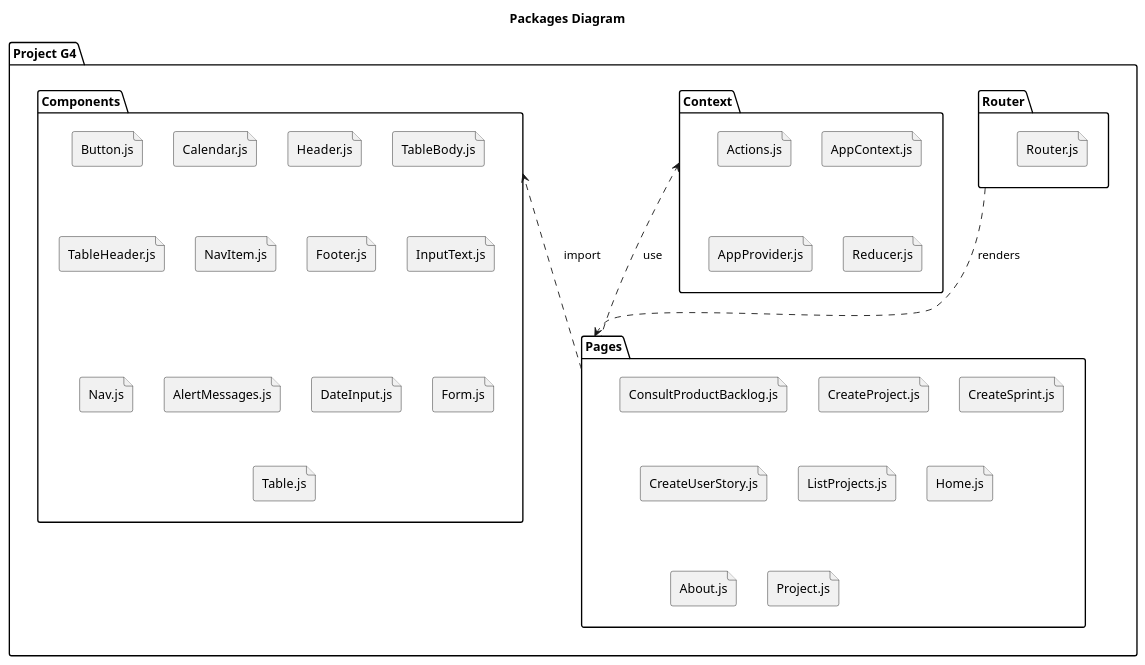
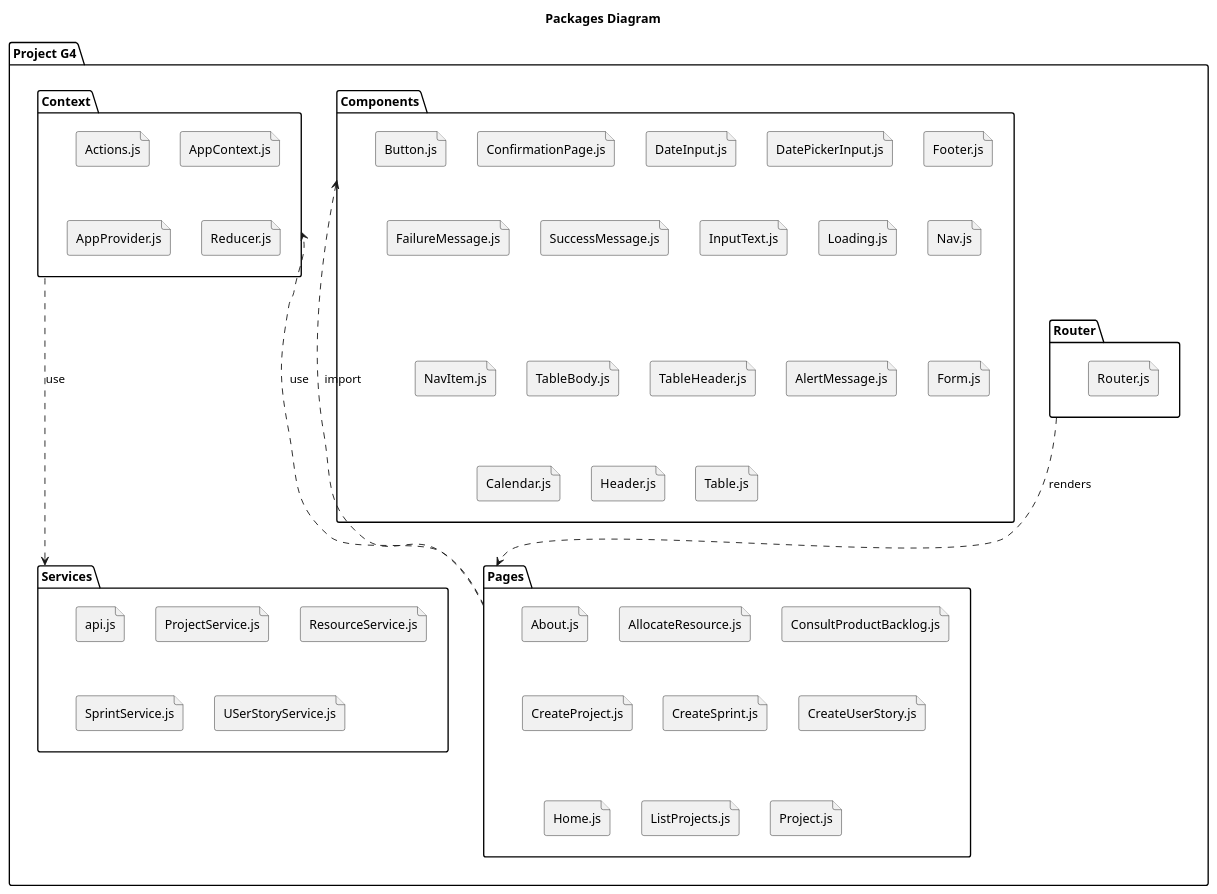
Before and after one commit to Loracline/project_switch_22-23: the diagram in ui/packagesDiagram.puml, drawn with PlantUML.

Commit message:
noUS: design: update of package diagram. references #612

```diff
--- a/ui/packagesDiagram.puml
+++ b/ui/packagesDiagram.puml
@@ -1,50 +1,64 @@
 @startuml
 title Packages Diagram
 package "Project G4" {
     package Components {
         file Button.js
-        file Calendar.js
-        file Header.js
+        file ConfirmationPage.js
+        file DateInput.js
+        file DatePickerInput.js
+        file Footer.js
+        file FailureMessage.js
+        file SuccessMessage.js
+        file InputText.js
+        file Loading.js
+        file Nav.js
+        file NavItem.js
         file TableBody.js
         file TableHeader.js
-        file NavItem.js
-        file Footer.js
-        file InputText.js
-        file Nav.js
-        file AlertMessages.js
-        file DateInput.js
+        file AlertMessage.js
         file Form.js
+        file Calendar.js
         file Header.js
         file Table.js
     }
 
     package Context {
         file Actions.js
         file AppContext.js
         file AppProvider.js
         file Reducer.js
     }
 
     package Pages {
+        file About.js
+        file AllocateResource.js
         file ConsultProductBacklog.js
         file CreateProject.js
         file CreateSprint.js
         file CreateUserStory.js
+        file Home.js
         file ListProjects.js
-        file Home.js
-        file About.js
         file Project.js
     }
 
     package Router {
         file Router.js
     }
 
+    package Services {
+        file api.js
+        file ProjectService.js
+        file ResourceService.js
+        file SprintService.js
+        file USerStoryService.js
+    }
+
     Context  <... Pages: use
-    Pages ..> Components: import
+    Pages ...> Components: import
     Router ...> Pages: renders
+    Context .....> Services: use
 
 
 
 }
 @enduml
```
